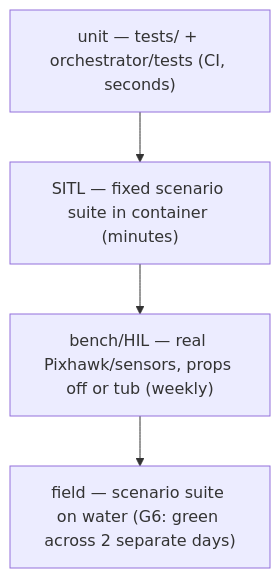
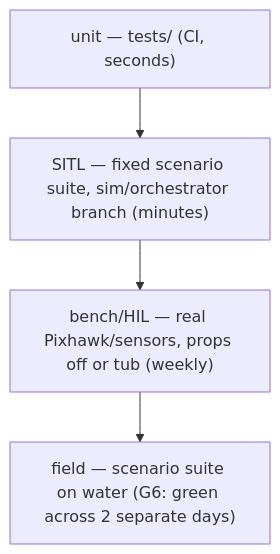
One commit to InspirationRobotics/rx26_asv changed the diagram in tests/README.md. Above: the diagram before and after it, drawn with Mermaid. The commit also changed other lines of this file and 56 other files, not shown here.

First line of the commit message:
Park sim + orchestrator on the sim/orchestrator branch

````diff
--- a/tests/README.md
+++ b/tests/README.md
@@ -28,6 +29,6 @@
 ```mermaid
 flowchart TD
-    U["unit — tests/ + orchestrator/tests (CI, seconds)"] --> S["SITL — fixed scenario suite in container (minutes)"]
+    U["unit — tests/ (CI, seconds)"] --> S["SITL — fixed scenario suite, sim/orchestrator branch (minutes)"]
     S --> B["bench/HIL — real Pixhawk/sensors, props off or tub (weekly)"]
     B --> F["field — scenario suite on water (G6: green across 2 separate days)"]
 ```
````
